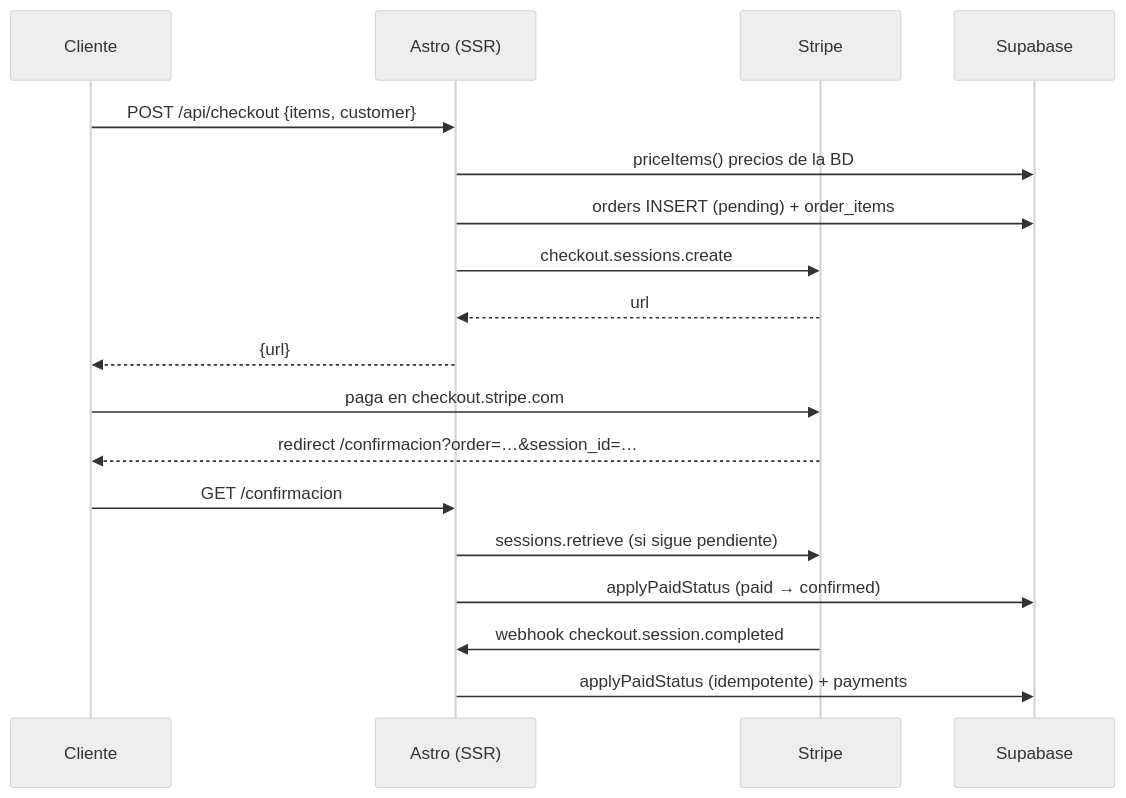
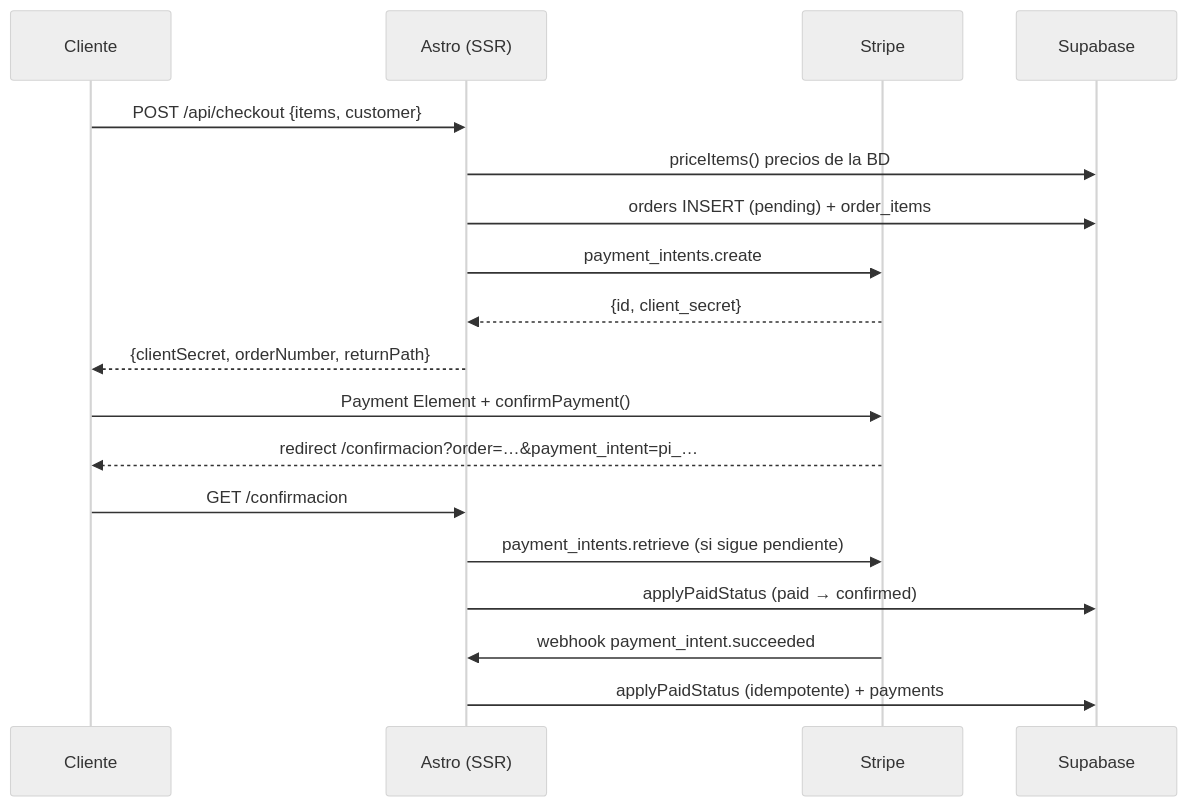
Before and after one commit to redkazta/dsp: the diagram in docs/stripe.md, drawn with Mermaid (neutral theme). The commit also changed other lines of this file and 10 other files, not shown here.

First line of the commit message:
Add stepped checkout with in-page Stripe payment

````diff
--- a/docs/stripe.md
+++ b/docs/stripe.md
@@ -8,21 +9,21 @@
 ```mermaid
 sequenceDiagram
     participant C as Cliente
     participant A as Astro (SSR)
     participant S as Stripe
     participant D as Supabase
 
     C->>A: POST /api/checkout {items, customer}
     A->>D: priceItems() precios de la BD
     A->>D: orders INSERT (pending) + order_items
-    A->>S: checkout.sessions.create
-    S-->>A: url
-    A-->>C: {url}
-    C->>S: paga en checkout.stripe.com
-    S-->>C: redirect /confirmacion?order=…&session_id=…
+    A->>S: payment_intents.create
+    S-->>A: {id, client_secret}
+    A-->>C: {clientSecret, orderNumber, returnPath}
+    C->>S: Payment Element + confirmPayment()
+    S-->>C: redirect /confirmacion?order=…&payment_intent=pi_…
     C->>A: GET /confirmacion
-    A->>S: sessions.retrieve (si sigue pendiente)
+    A->>S: payment_intents.retrieve (si sigue pendiente)
     A->>D: applyPaidStatus (paid → confirmed)
-    S->>A: webhook checkout.session.completed
+    S->>A: webhook payment_intent.succeeded
     A->>D: applyPaidStatus (idempotente) + payments
 ```
````
